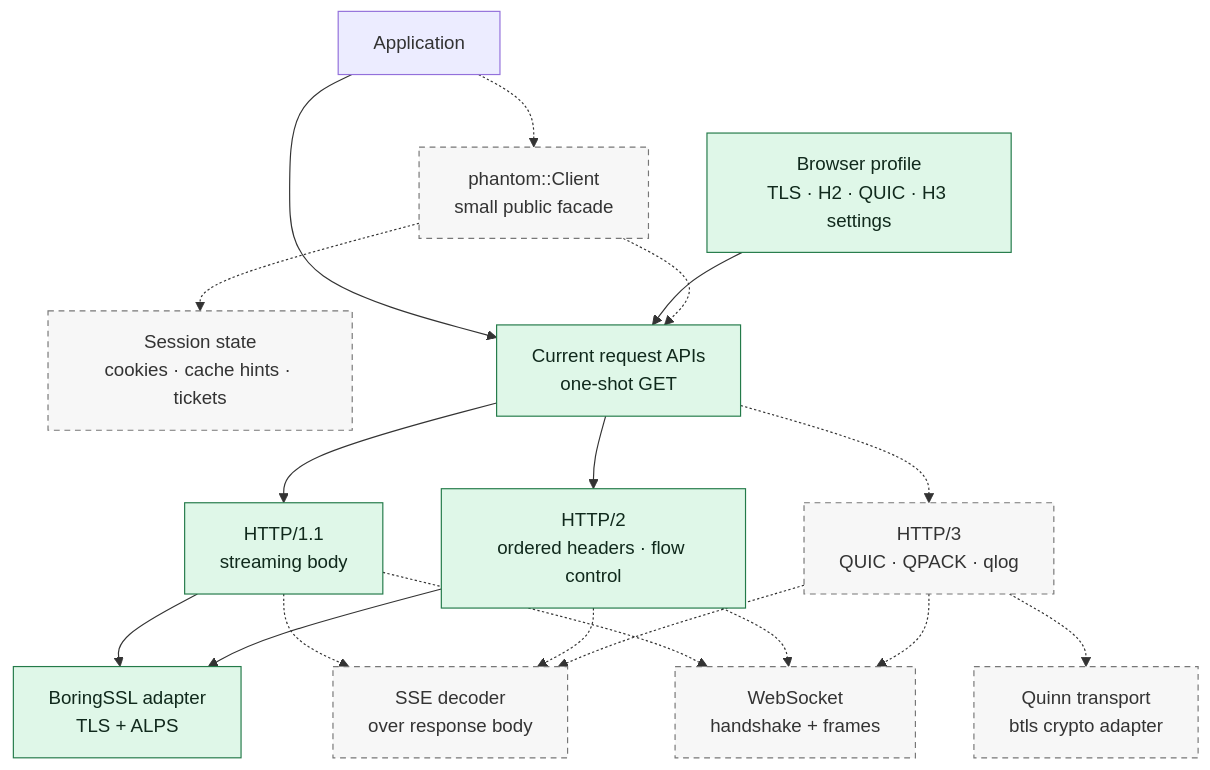
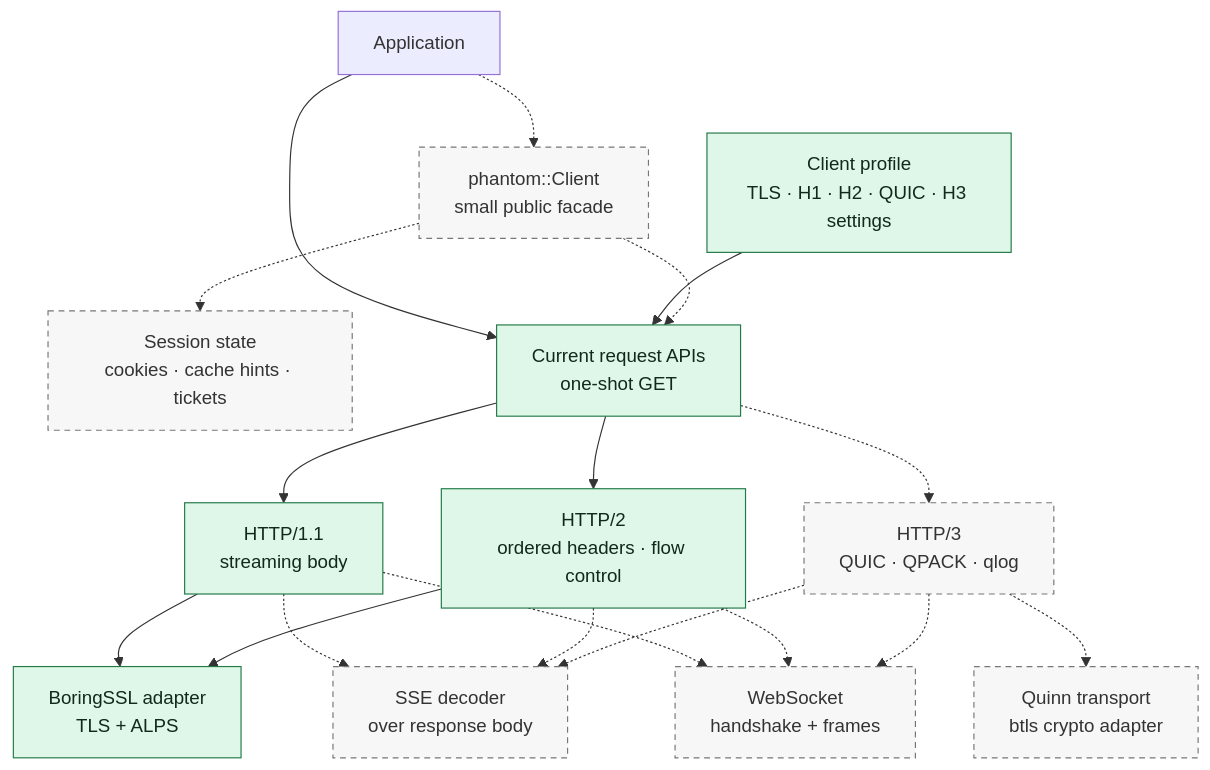
Before and after one commit to bywayhq/phantom: the first of 3 diagrams in docs/architecture.md, drawn with Mermaid. The commit also changed other lines of this file and 6 other files, not shown here.

Commit message:
refactor(profile): generalize client identity

````diff
--- a/docs/architecture.md
+++ b/docs/architecture.md
@@ -22,39 +22,39 @@
 ```mermaid
 flowchart TB
     User[Application]
     Client["phantom::Client<br/>small public facade"]
     Session["Session state<br/>cookies · cache hints · tickets"]
-    Profile["Browser profile<br/>TLS · H2 · QUIC · H3 settings"]
+    Profile["Client profile<br/>TLS · H1 · H2 · QUIC · H3 settings"]
     Request["Current request APIs<br/>one-shot GET"]
 
     H1["HTTP/1.1<br/>streaming body"]
     H2["HTTP/2<br/>ordered headers · flow control"]
     H3["HTTP/3<br/>QUIC · QPACK · qlog"]
     TLS["BoringSSL adapter<br/>TLS + ALPS"]
     QUIC["Quinn transport<br/>btls crypto adapter"]
     SSE["SSE decoder<br/>over response body"]
     WS["WebSocket<br/>handshake + frames"]
 
     User --> Request
     Profile --> Request
     Request --> H1
     Request --> H2
     User -.-> Client
     Client -.-> Session
     Client -.-> Request
     Request -.-> H3
     H1 --> TLS
     H2 --> TLS
     H3 -.-> QUIC
     H1 -.-> SSE
     H2 -.-> SSE
     H3 -.-> SSE
     H1 -.-> WS
     H2 -.-> WS
     H3 -.-> WS
 
     classDef current fill:#dff7e8,stroke:#237a49,color:#10291c
     classDef planned fill:#f7f7f7,stroke:#777,stroke-dasharray:5 4,color:#333
     class Profile,Request,H1,H2,TLS current
     class Client,Session,H3,QUIC,SSE,WS planned
 ```
````
